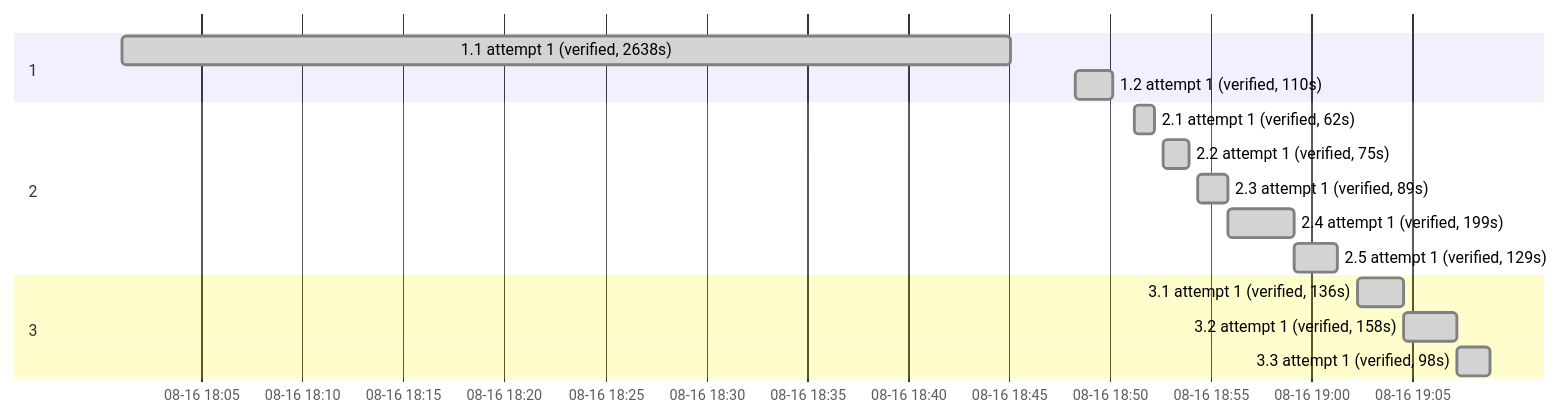
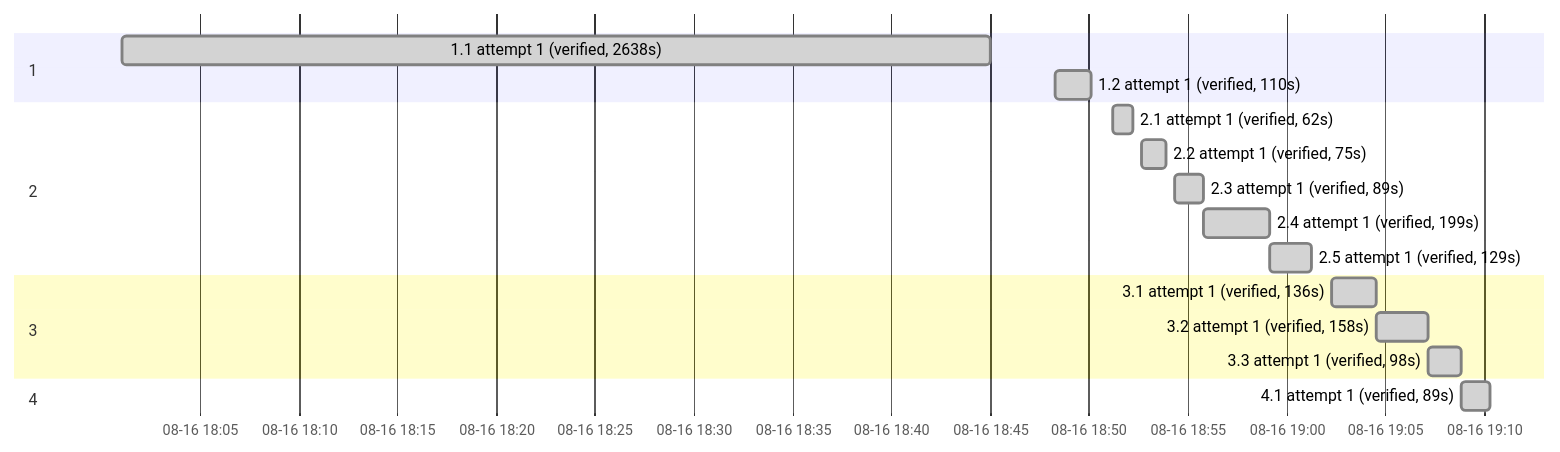
The second of 2 diagrams in .specs/preact-frontend/05_execution.md (sohampatwardhan/MoodLightPi), drawn with Mermaid before and after one commit. The commit also changed other lines of this file and 8 other files, not shown here.

````diff
--- a/.specs/preact-frontend/05_execution.md
+++ b/.specs/preact-frontend/05_execution.md
@@ -162,18 +170,20 @@
 ```mermaid
 gantt
     dateFormat YYYY-MM-DDTHH:mm:ss
     axisFormat %m-%d %H:%M
     section 1
     1.1 attempt 1 (verified, 2638s) :done, b_1_1_attempt1, 2026-08-16T18:01:04, 2026-08-16T18:45:02
     1.2 attempt 1 (verified, 110s) :done, b_1_2_attempt1, 2026-08-16T18:48:17, 2026-08-16T18:50:07
     section 2
     2.1 attempt 1 (verified, 62s) :done, b_2_1_attempt1, 2026-08-16T18:51:11, 2026-08-16T18:52:13
     2.2 attempt 1 (verified, 75s) :done, b_2_2_attempt1, 2026-08-16T18:52:39, 2026-08-16T18:53:54
     2.3 attempt 1 (verified, 89s) :done, b_2_3_attempt1, 2026-08-16T18:54:20, 2026-08-16T18:55:49
     2.4 attempt 1 (verified, 199s) :done, b_2_4_attempt1, 2026-08-16T18:55:49, 2026-08-16T18:59:08
     2.5 attempt 1 (verified, 129s) :done, b_2_5_attempt1, 2026-08-16T18:59:08, 2026-08-16T19:01:17
     section 3
     3.1 attempt 1 (verified, 136s) :done, b_3_1_attempt1, 2026-08-16T19:02:17, 2026-08-16T19:04:33
     3.2 attempt 1 (verified, 158s) :done, b_3_2_attempt1, 2026-08-16T19:04:33, 2026-08-16T19:07:11
     3.3 attempt 1 (verified, 98s) :done, b_3_3_attempt1, 2026-08-16T19:07:11, 2026-08-16T19:08:49
+    section 4
+    4.1 attempt 1 (verified, 89s) :done, b_4_1_attempt1, 2026-08-16T19:08:49, 2026-08-16T19:10:18
 ```
````
